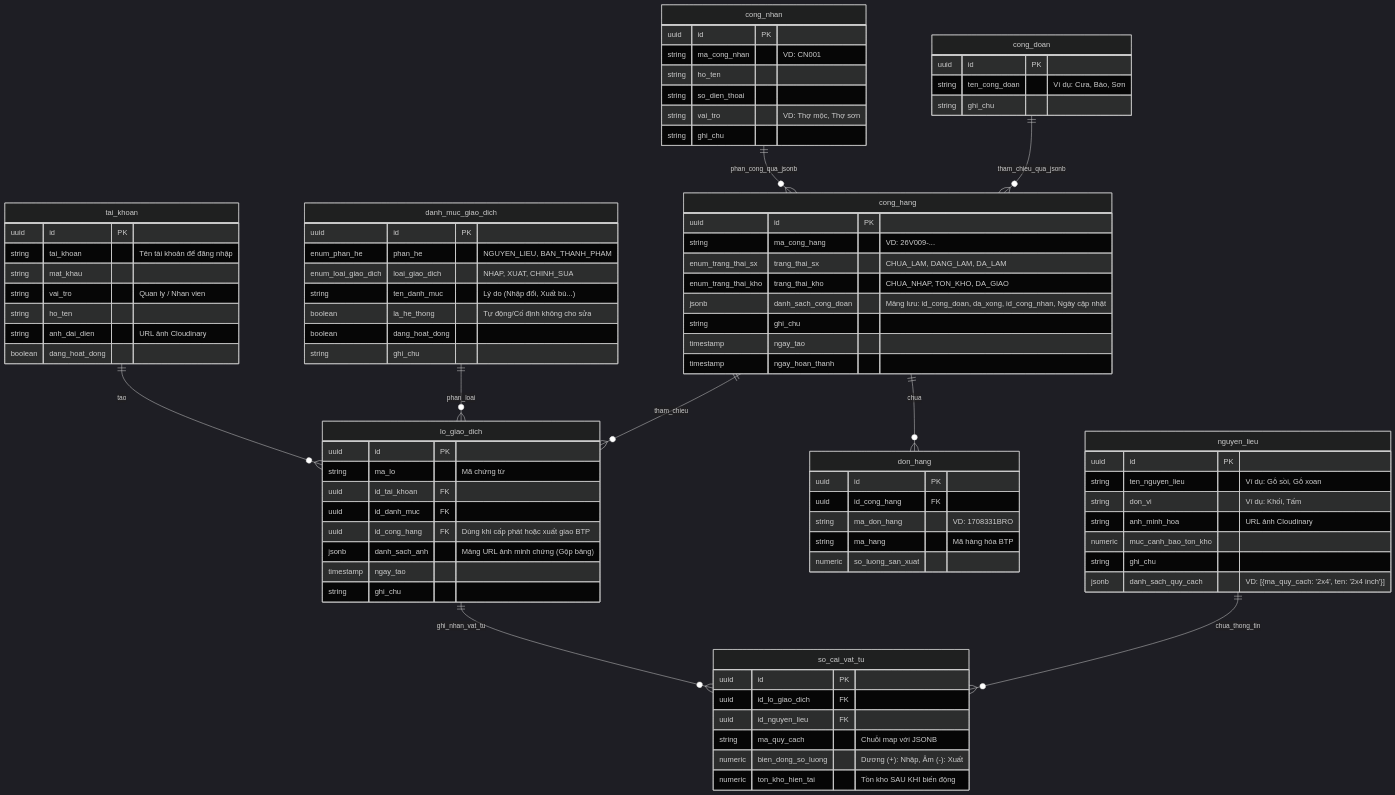
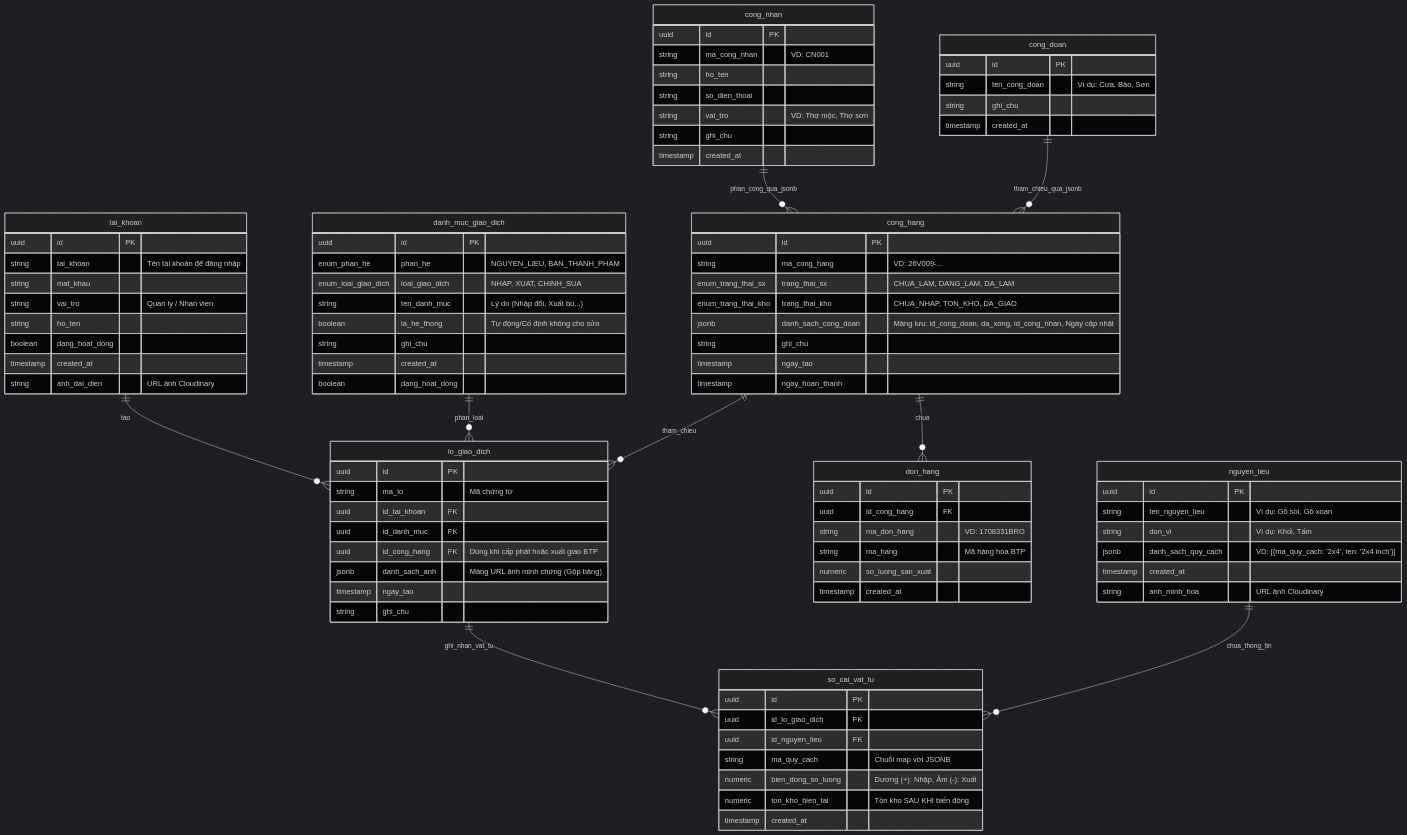
One commit to NMTcoderhihihi/itkeybay changed the diagram in docs/DATABASE_SCHEMA.md. Above: the diagram before and after it, drawn with Mermaid (dark theme). The commit also changed 25 other files, not shown here.

```diff
--- a/docs/DATABASE_SCHEMA.md
+++ b/docs/DATABASE_SCHEMA.md
@@ -20,8 +20,9 @@
         string mat_khau
         string vai_tro "Quan ly / Nhan vien"
         string ho_ten
+        boolean dang_hoat_dong
+        timestamp created_at
         string anh_dai_dien "URL ảnh Cloudinary"
-        boolean dang_hoat_dong
     }
 
     %% ==========================================
@@ -31,10 +32,9 @@
         uuid id PK
         string ten_nguyen_lieu "Ví dụ: Gỗ sồi, Gỗ xoan"
         string don_vi "Ví dụ: Khối, Tấm"
+        jsonb danh_sach_quy_cach "VD: [{ma_quy_cach: '2x4', ten: '2x4 inch'}]"
+        timestamp created_at
         string anh_minh_hoa "URL ảnh Cloudinary"
-        numeric muc_canh_bao_ton_kho
-        string ghi_chu
-        jsonb danh_sach_quy_cach "VD: [{ma_quy_cach: '2x4', ten: '2x4 inch'}]"
     }
 
     %% ==========================================
@@ -47,6 +47,7 @@
         string so_dien_thoai
         string vai_tro "VD: Thợ mộc, Thợ sơn"
         string ghi_chu
+        timestamp created_at
     }
 
     %% ==========================================
@@ -56,6 +57,7 @@
         uuid id PK
         string ten_cong_doan "Ví dụ: Cưa, Bào, Sơn"
         string ghi_chu
+        timestamp created_at
     }
 
     %% ==========================================
@@ -77,6 +79,7 @@
         string ma_don_hang "VD: 1708331BRO"
         string ma_hang "Mã hàng hóa BTP"
         numeric so_luong_san_xuat
+        timestamp created_at
     }
 
     %% ==========================================
@@ -88,8 +91,9 @@
         enum_loai_giao_dich loai_giao_dich "NHAP, XUAT, CHINH_SUA"
         string ten_danh_muc "Lý do (Nhập đổi, Xuất bù...)"
         boolean la_he_thong "Tự động/Cố định không cho sửa"
+        string ghi_chu
+        timestamp created_at
         boolean dang_hoat_dong
-        string ghi_chu
     }
     %% Lô giao dịch (Chứa mảng JSONB ảnh đính kèm)
     lo_giao_dich {
@@ -113,6 +117,7 @@
         string ma_quy_cach "Chuỗi map với JSONB"
         numeric bien_dong_so_luong "Dương (+): Nhập, Âm (-): Xuất"
         numeric ton_kho_hien_tai "Tồn kho SAU KHI biến động"
+        timestamp created_at
     }
 
     %% Mối quan hệ logic
```
